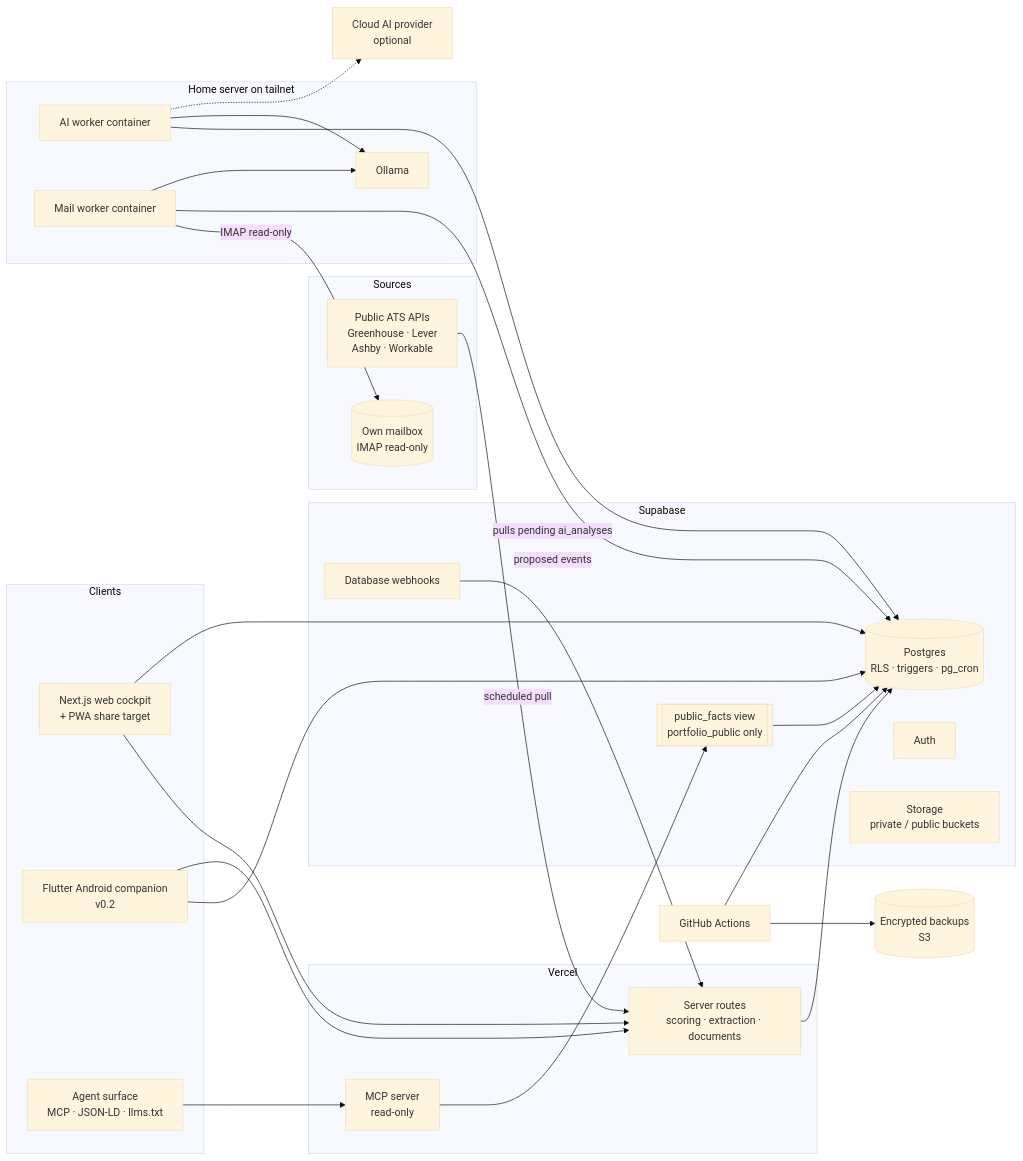
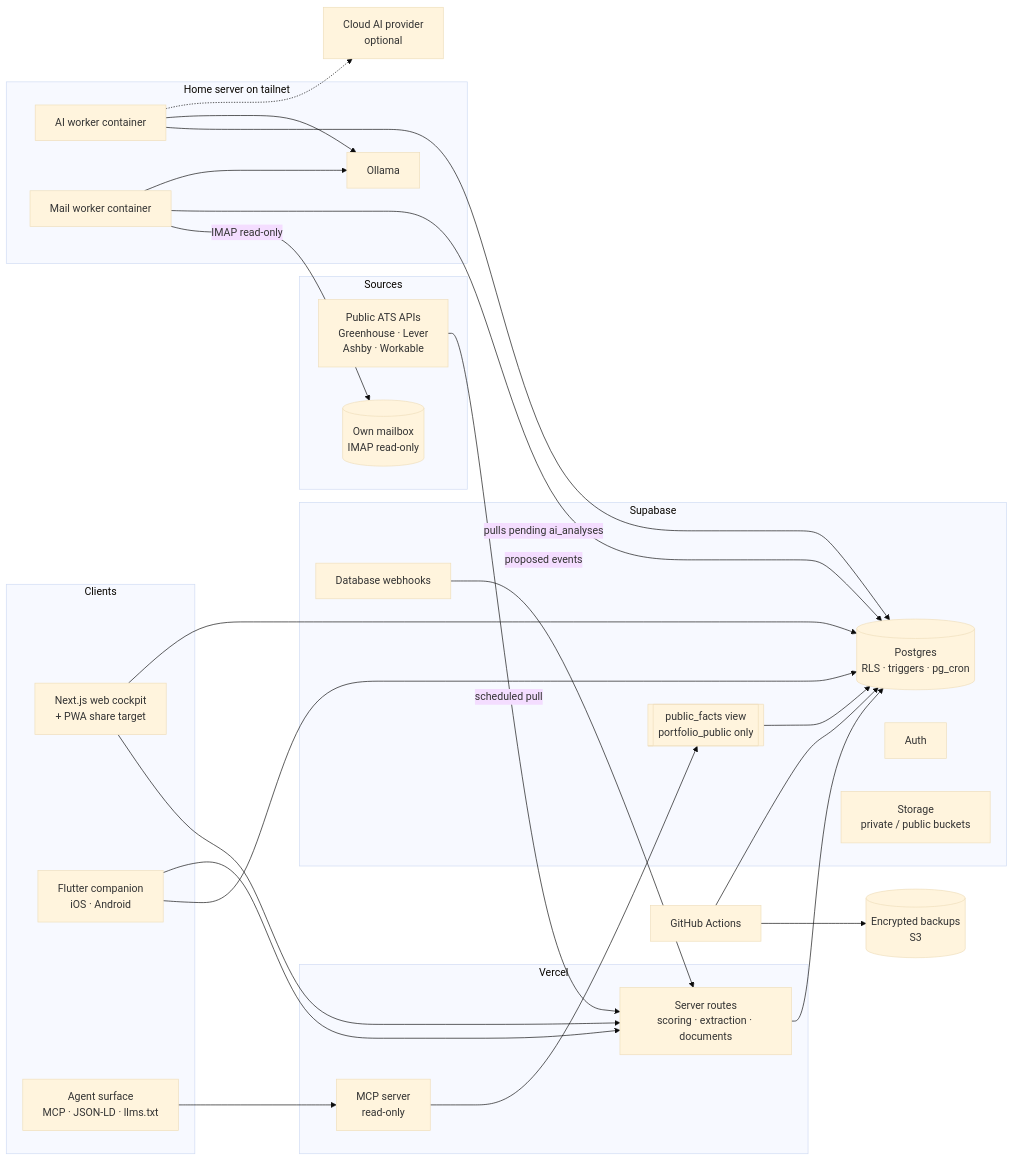
The diagram in docs/SPECIFICATION.md (kolevmvk/careerops), drawn with Mermaid (base theme) before and after one commit. The commit also changed other lines of this file and 1 other file, not shown here.

First line of the commit message:
docs(spec): extend the mobile companion to iOS alongside Android

````diff
--- a/docs/SPECIFICATION.md
+++ b/docs/SPECIFICATION.md
@@ -164,49 +164,49 @@
 ```mermaid
 flowchart LR
     subgraph Clients
         W[Next.js web cockpit<br/>+ PWA share target]
-        M[Flutter Android companion<br/>v0.2]
+        M[Flutter companion<br/>iOS · Android]
         AG[Agent surface<br/>MCP · JSON-LD · llms.txt]
     end
     subgraph Sources
         ATS[Public ATS APIs<br/>Greenhouse · Lever<br/>Ashby · Workable]
         MBX[(Own mailbox<br/>IMAP read-only)]
     end
     subgraph Supabase
         DB[(Postgres<br/>RLS · triggers · pg_cron)]
         AUTH[Auth]
         ST[Storage<br/>private / public buckets]
         WH[Database webhooks]
         PF[[public_facts view<br/>portfolio_public only]]
     end
     subgraph Vercel
         API[Server routes<br/>scoring · extraction · documents]
         MCP[MCP server<br/>read-only]
     end
     subgraph Home server on tailnet
         AIW[AI worker container]
         MW[Mail worker container]
         OL[Ollama]
     end
     CP[Cloud AI provider<br/>optional]
     BK[(Encrypted backups<br/>S3)]
 
     W --> API
     W --> DB
     M --> DB
     M --> API
     WH --> API
     API --> DB
     ATS -- scheduled pull --> API
     MW -- IMAP read-only --> MBX
     MW -- proposed events --> DB
     MW --> OL
     AIW -- pulls pending ai_analyses --> DB
     AIW --> OL
     AIW -.-> CP
     AG --> MCP
     MCP --> PF
     PF --> DB
     GH[GitHub Actions] --> BK
     GH --> DB
 ```
````
